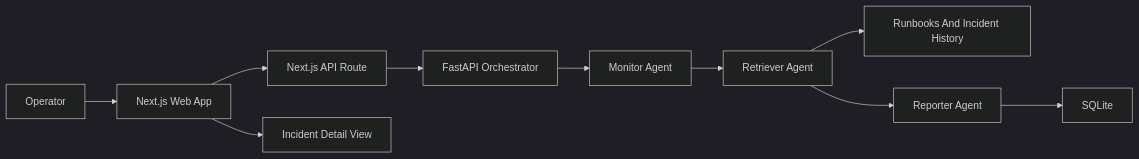
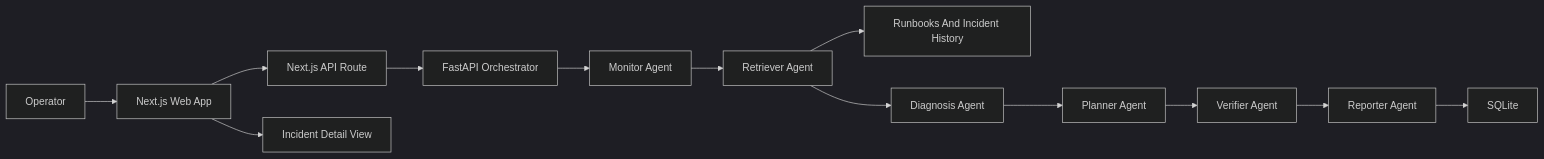
One commit to denis-mutuma/fleet-health-copilot changed the diagram in README.md. Above: the diagram before and after it, drawn with Mermaid (dark theme). The commit also changed other lines of this file and 15 other files, not shown here.

````diff
--- a/README.md
+++ b/README.md
@@ -7,12 +7,15 @@
 ```mermaid
 flowchart LR
   operator["Operator"] --> webApp["Next.js Web App"]
   webApp --> webApi["Next.js API Route"]
   webApi --> orchestrator["FastAPI Orchestrator"]
   orchestrator --> monitor["Monitor Agent"]
   monitor --> retriever["Retriever Agent"]
   retriever --> rag["Runbooks And Incident History"]
-  retriever --> reporter["Reporter Agent"]
+  retriever --> diagnosis["Diagnosis Agent"]
+  diagnosis --> planner["Planner Agent"]
+  planner --> verifier["Verifier Agent"]
+  verifier --> reporter["Reporter Agent"]
   reporter --> db["SQLite"]
   webApp --> detail["Incident Detail View"]
 ```
````
